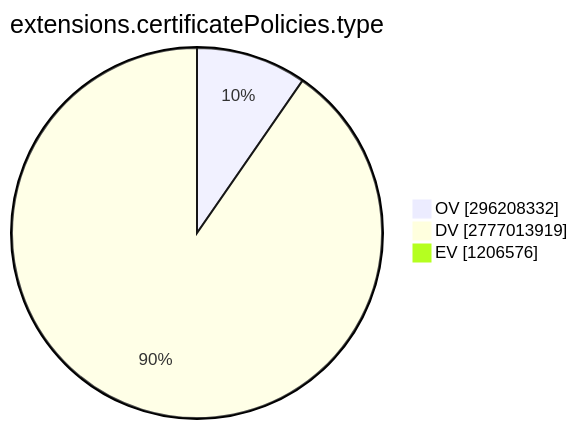
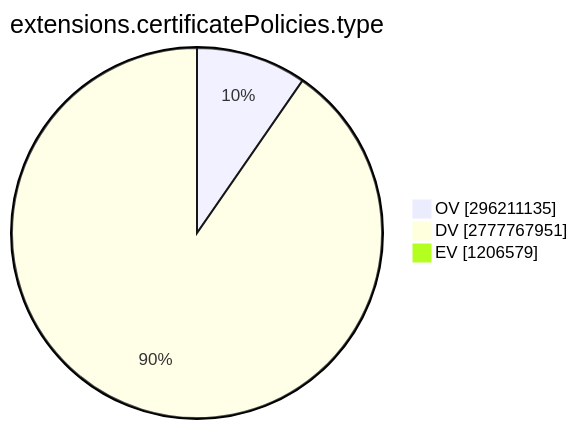
Before and after one commit to christiankrug/ctmonitor_visualization: the ninth of 15 diagrams in TOTAL/README.md, drawn with Mermaid. The commit also changed other lines of this file, not shown here.

````diff
--- a/TOTAL/README.md
+++ b/TOTAL/README.md
@@ -3099,7 +3099,7 @@
 ```mermaid
 pie showData
 title extensions.certificatePolicies.type
-"OV" :296208332
-"DV" :2777013919
-"EV" :1206576
+"OV" :296211135
+"DV" :2777767951
+"EV" :1206579
 ```
````
